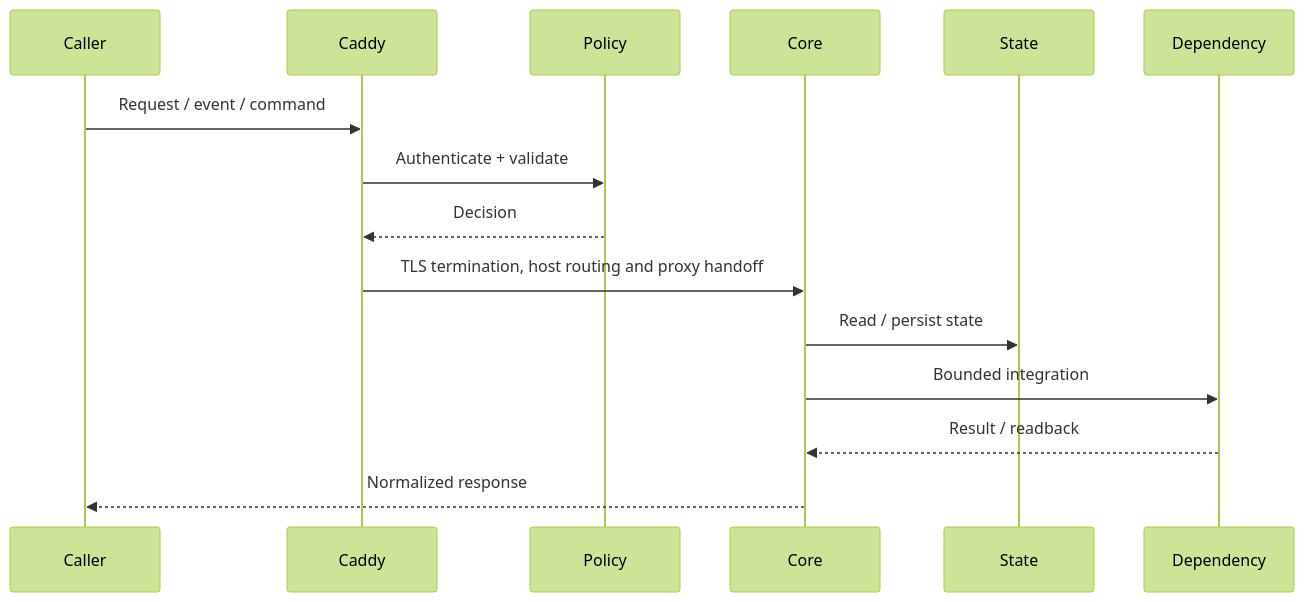
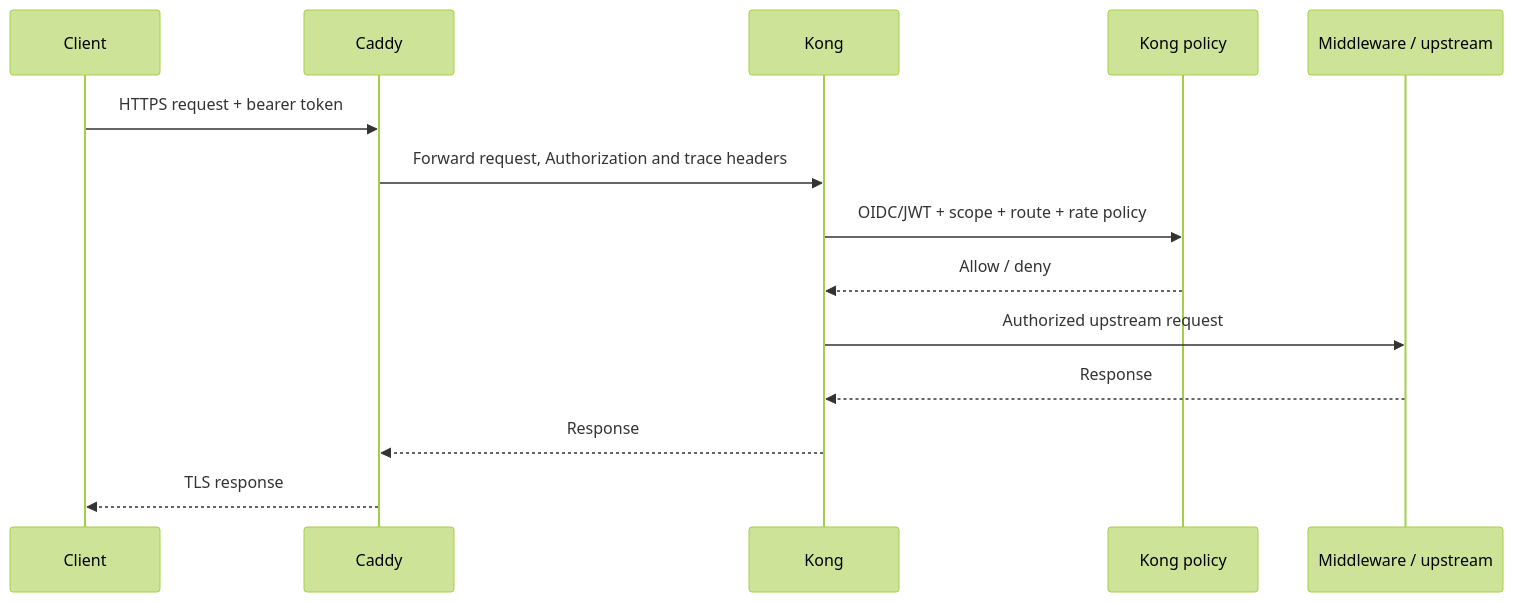
Before and after one commit to appolon1908/Caddy: the third of 5 diagrams in docs/ARCHITECTURE-CHARTS.md, drawn with Mermaid (forest theme). The commit also changed other lines of this file, not shown here.

Commit message:
docs: align Caddy charts with edge authority

````diff
--- a/docs/ARCHITECTURE-CHARTS.md
+++ b/docs/ARCHITECTURE-CHARTS.md
@@ -28,17 +31,16 @@
 ```mermaid
 sequenceDiagram
- participant U as Caller
- participant B as Caddy
- participant P as Policy
- participant C as Core
- participant S as State
- participant X as Dependency
- U->>B: Request / event / command
- B->>P: Authenticate + validate
- P-->>B: Decision
- B->>C: TLS termination, host routing and proxy handoff
- C->>S: Read / persist state
- C->>X: Bounded integration
- X-->>C: Result / readback
- C-->>U: Normalized response
+ participant U as Client
+ participant C as Caddy
+ participant K as Kong
+ participant P as Kong policy
+ participant M as Middleware / upstream
+ U->>C: HTTPS request + bearer token
+ C->>K: Forward request, Authorization and trace headers
+ K->>P: OIDC/JWT + scope + route + rate policy
+ P-->>K: Allow / deny
+ K->>M: Authorized upstream request
+ M-->>K: Response
+ K-->>C: Response
+ C-->>U: TLS response
 ```
````
